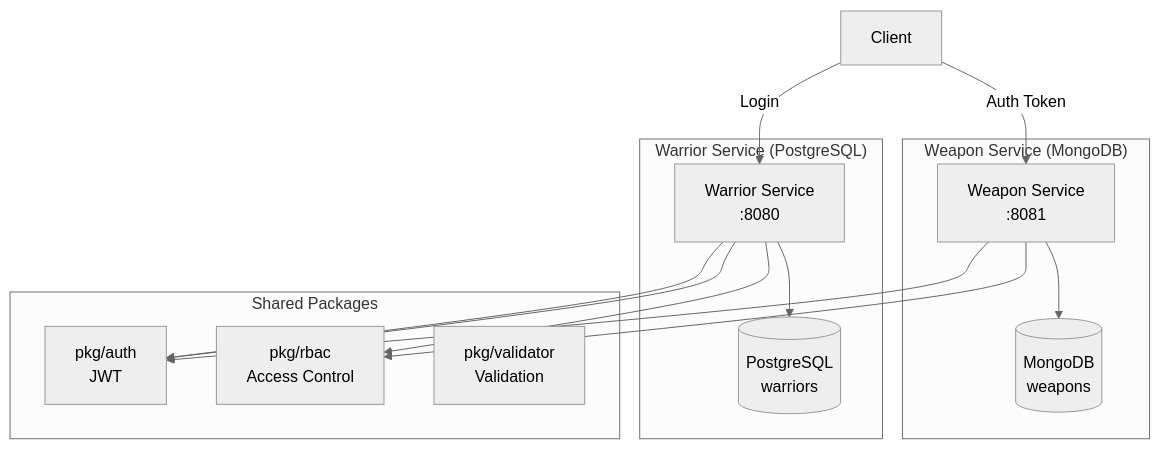
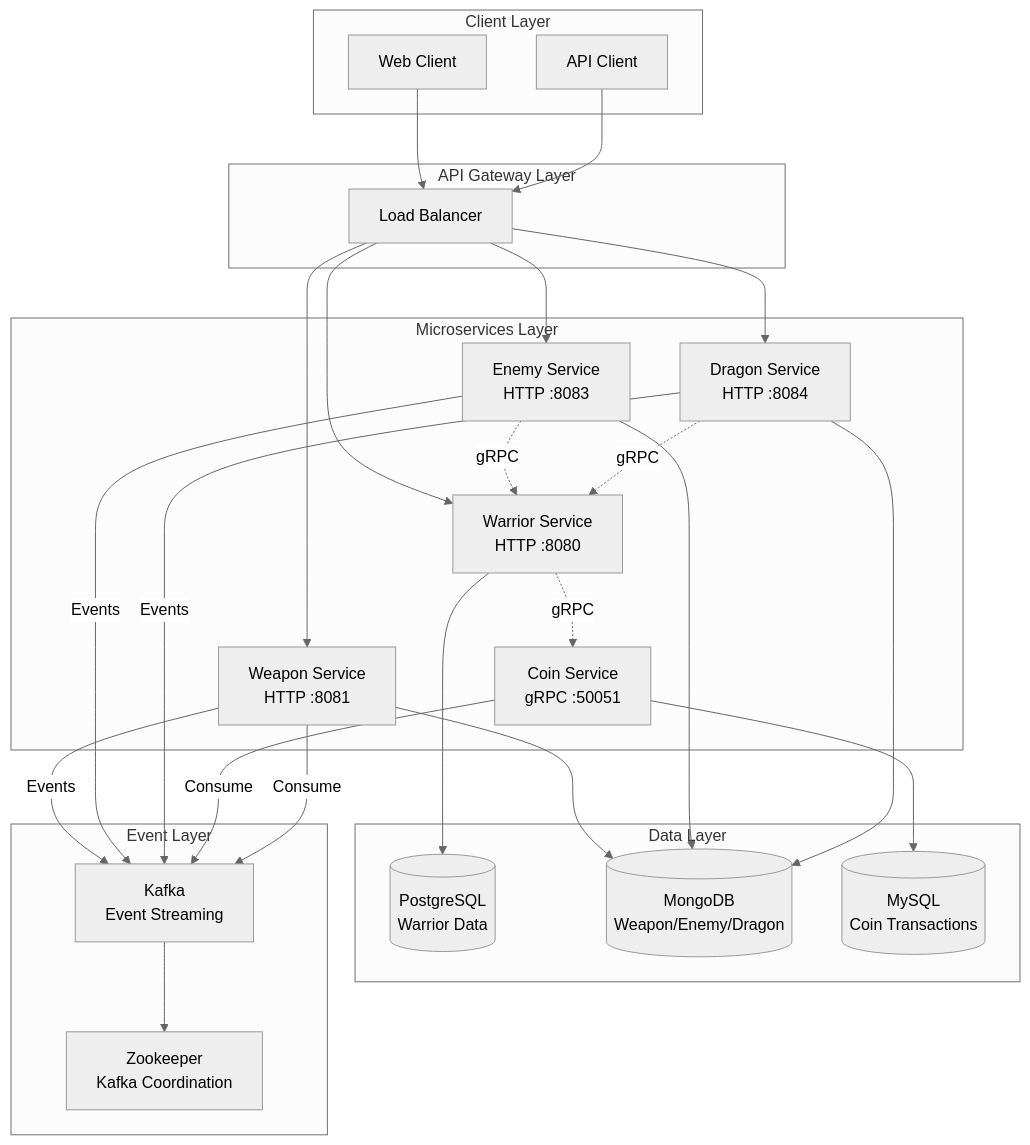
Before and after one commit to tiraten-bot/network-sec-micro: the first of 7 diagrams in README.md, drawn with Mermaid (neutral theme). The commit also changed other lines of this file, not shown here.

Commit message:
Revise README.md to enhance project overview, architecture, service communication, and API endpoints. Update descriptions for microservices, event-driven architecture, and role-based access control, while adding detailed game flow examples and technology stack information.

````diff
--- a/README.md
+++ b/README.md
@@ -7,28 +7,55 @@
 ```mermaid
 graph TB
-    subgraph "Warrior Service (PostgreSQL)"
-        WS[Warrior Service<br/>:8080]
-        DB1[(PostgreSQL<br/>warriors)]
+    subgraph "Client Layer"
+        WEB[Web Client]
+        API[API Client]
     end
     
-    subgraph "Weapon Service (MongoDB)"
-        WPS[Weapon Service<br/>:8081]
-        DB2[(MongoDB<br/>weapons)]
+    subgraph "API Gateway Layer"
+        LB[Load Balancer]
     end
     
-    subgraph "Shared Packages"
-        AUTH[pkg/auth<br/>JWT]
-        RBAC[pkg/rbac<br/>Access Control]
-        VAL[pkg/validator<br/>Validation]
+    subgraph "Microservices Layer"
+        W[Warrior Service<br/>HTTP :8080]
+        WP[Weapon Service<br/>HTTP :8081]
+        C[Coin Service<br/>gRPC :50051]
+        E[Enemy Service<br/>HTTP :8083]
+        D[Dragon Service<br/>HTTP :8084]
     end
     
-    CLIENT[Client] -->|Login| WS
-    CLIENT -->|Auth Token| WPS
-    WS --> AUTH
-    WPS --> AUTH
-    WS --> RBAC
-    WPS --> RBAC
-    WS --> DB1
-    WPS --> DB2
-    WS --> AUTH
+    subgraph "Data Layer"
+        PG[(PostgreSQL<br/>Warrior Data)]
+        MG[(MongoDB<br/>Weapon/Enemy/Dragon)]
+        MY[(MySQL<br/>Coin Transactions)]
+    end
+    
+    subgraph "Event Layer"
+        K[Kafka<br/>Event Streaming]
+        Z[Zookeeper<br/>Kafka Coordination]
+    end
+    
+    WEB --> LB
+    API --> LB
+    LB --> W
+    LB --> WP
+    LB --> E
+    LB --> D
+    
+    W -.->|gRPC| C
+    E -.->|gRPC| W
+    D -.->|gRPC| W
+    
+    W --> PG
+    WP --> MG
+    E --> MG
+    D --> MG
+    C --> MY
+    
+    WP -->|Events| K
+    E -->|Events| K
+    D -->|Events| K
+    C -->|Consume| K
+    WP -->|Consume| K
+    
+    K --> Z
 ```
````
